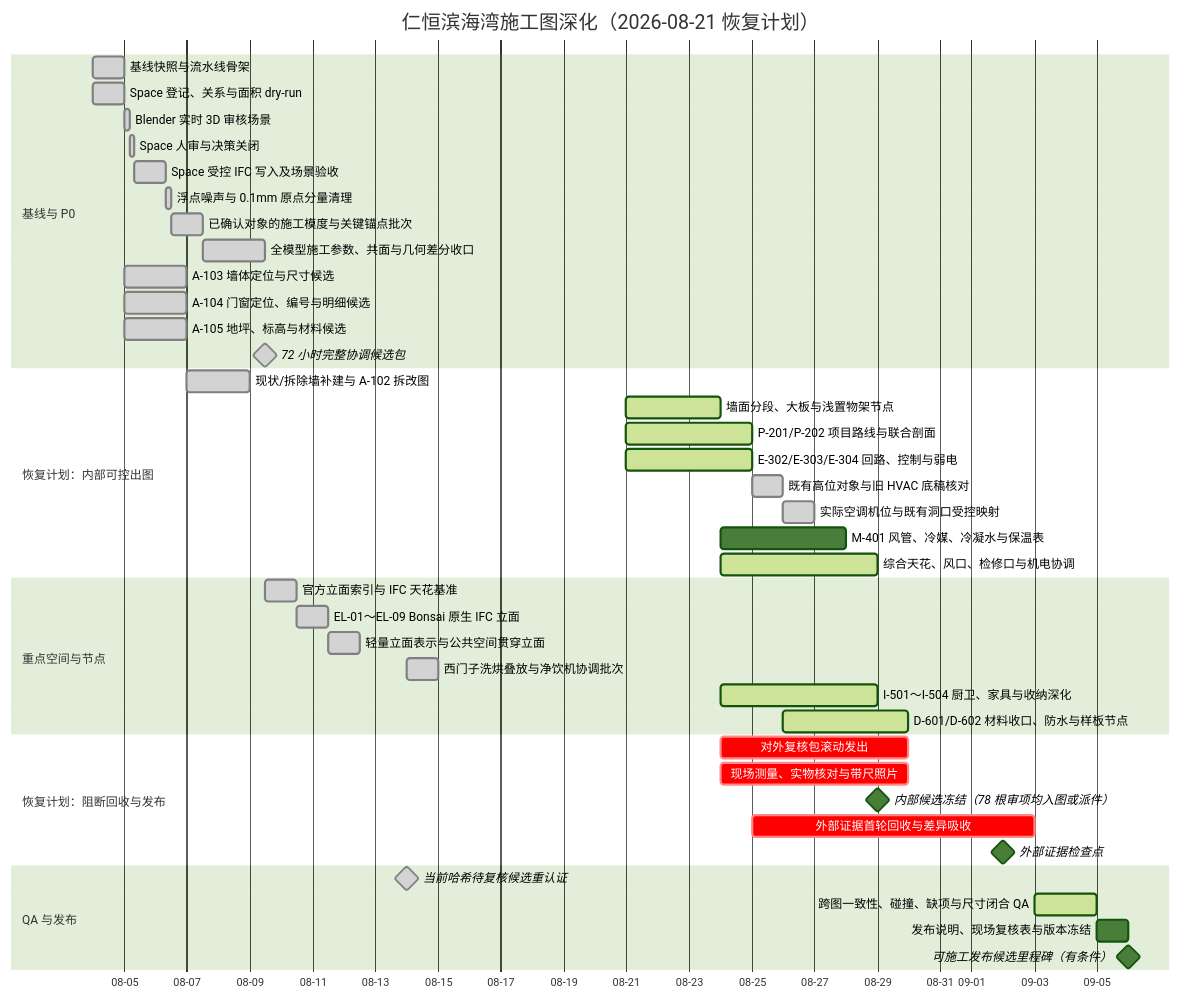
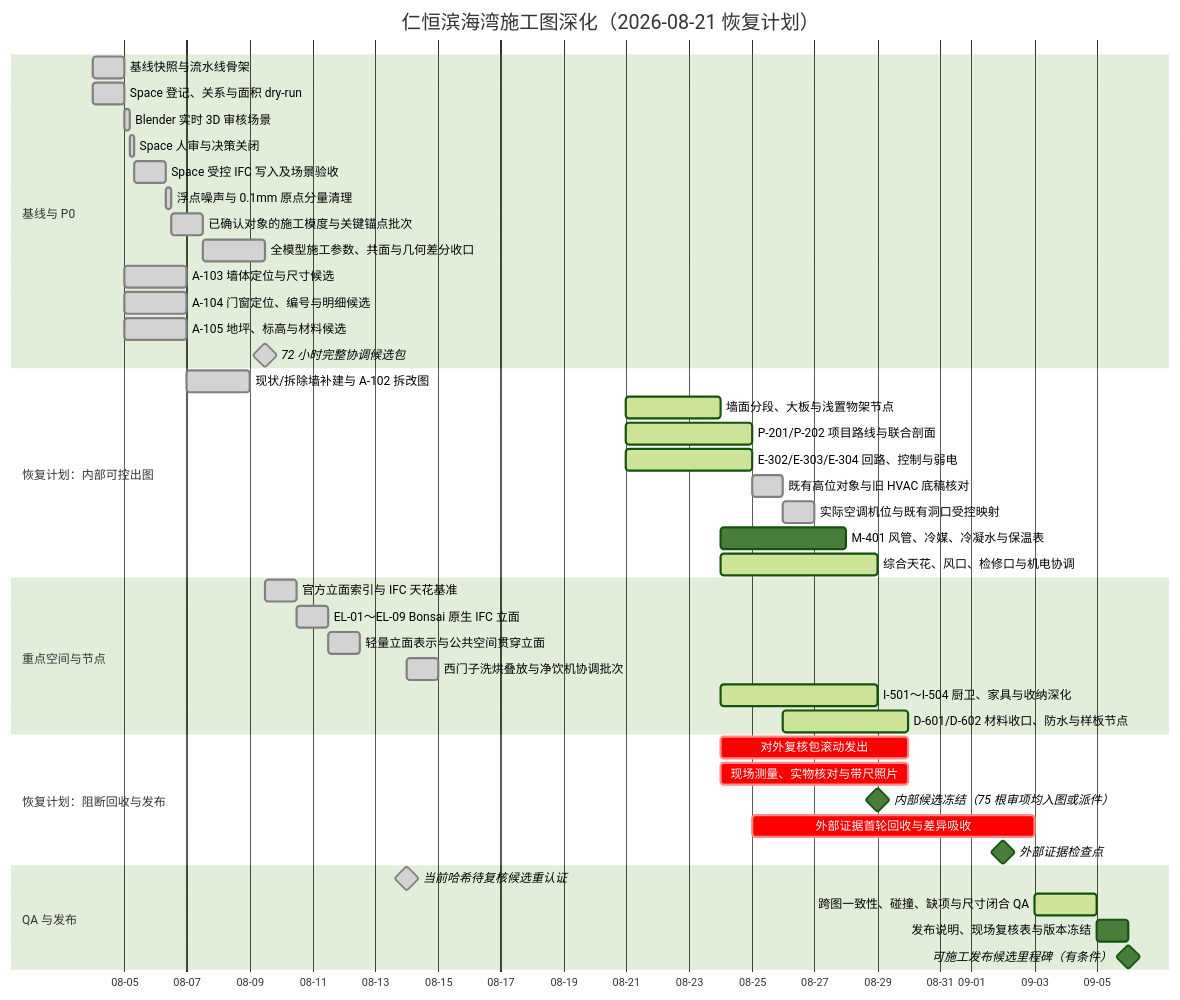
One commit to Weihan96/2504-GBTB-Yanlord-Zhuhai changed the diagram in drawings/滨海湾装修施工图深化工作管理.md. Above: the diagram before and after it, drawn with Mermaid (forest theme). The commit also changed other lines of this file and 42 other files, not shown here.

````diff
--- a/drawings/滨海湾装修施工图深化工作管理.md
+++ b/drawings/滨海湾装修施工图深化工作管理.md
@@ -106,51 +106,51 @@
 ```mermaid
 gantt
     title 仁恒滨海湾施工图深化（2026-08-21 恢复计划）
     dateFormat  YYYY-MM-DD
     axisFormat  %m-%d
 
     section 基线与 P0
     基线快照与流水线骨架                 :done, M000, 2026-08-04, 1d
     Space 登记、关系与面积 dry-run       :done, S001, 2026-08-04, 1d
     Blender 实时 3D 审核场景              :done, S002A, after S001, 4h
     Space 人审与决策关闭                 :done, S002, after S002A, 4h
     Space 受控 IFC 写入及场景验收         :done, S003, after S002, 1d
     浮点噪声与 0.1mm 原点分量清理          :done, C001, after S003, 4h
     已确认对象的施工模度与关键锚点批次       :done, C002, after C001, 1d
     全模型施工参数、共面与几何差分收口       :done, C003, after C002, 2d
     A-103 墙体定位与尺寸候选              :done, A103, after S001, 2d
     A-104 门窗定位、编号与明细候选         :done, A104, after S001, 2d
     A-105 地坪、标高与材料候选             :done, A105, after S001, 2d
     72 小时完整协调候选包                 :milestone, done, M072, after C003 A103 A104 A105, 0d
 
     section 恢复计划：内部可控出图
     现状/拆除墙补建与 A-102 拆改图         :done, A102, after A103, 2d
     墙面分段、大板与浅置物架节点       :active, WFIN, 2026-08-21, 3d
     P-201/P-202 项目路线与联合剖面       :active, PLUM, 2026-08-21, 4d
     E-302/E-303/E-304 回路、控制与弱电   :active, ELEC, 2026-08-21, 4d
     既有高位对象与旧 HVAC 底稿核对          :done, RCP1A, after ELEC, 1d
     实际空调机位与既有洞口受控映射          :done, RCP1B, after RCP1A, 1d
     M-401 风管、冷媒、冷凝水与保温表       :RCP1C, 2026-08-24, 4d
     综合天花、风口、检修口与机电协调        :active, RCP1, 2026-08-24, 5d
 
     section 重点空间与节点
     官方立面索引与 IFC 天花基准             :done, INT1A, after M072, 1d
     EL-01～EL-09 Bonsai 原生 IFC 立面       :done, INT1B, after INT1A, 1d
     轻量立面表示与公共空间贯穿立面            :done, INT1B2, after INT1B, 1d
     西门子洗烘叠放与净饮机协调批次          :done, APP17, 2026-08-14, 1d
     I-501～I-504 厨卫、家具与收纳深化      :active, INT1, 2026-08-24, 5d
     D-601/D-602 材料收口、防水与样板节点   :active, DET1, 2026-08-26, 4d
 
     section 恢复计划：阻断回收与发布
     对外复核包滚动发出                  :crit, EXT01, 2026-08-24, 6d
     现场测量、实物核对与带尺照片          :crit, FIELD1, 2026-08-24, 6d
-    内部候选冻结（78 根审项均入图或派件） :milestone, MRC2, 2026-08-29, 0d
+    内部候选冻结（75 根审项均入图或派件） :milestone, MRC2, 2026-08-29, 0d
     外部证据首轮回收与差异吸收          :crit, EXT02, 2026-08-25, 9d
     外部证据检查点                    :milestone, MEXT, 2026-09-02, 0d
 
     section QA 与发布
     当前哈希待复核候选重认证                :milestone, done, MREV, 2026-08-14, 0d
     跨图一致性、碰撞、缺项与尺寸闭合 QA     :active, QA01, 2026-09-03, 2d
     发布说明、现场复核表与版本冻结           :REL1, 2026-09-05, 1d
     可施工发布候选里程碑（有条件）             :milestone, MREL, 2026-09-06, 0d
 ```
````
